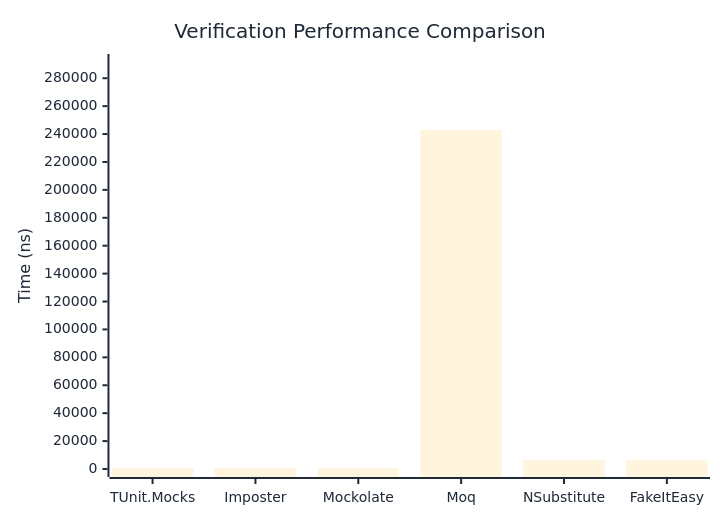
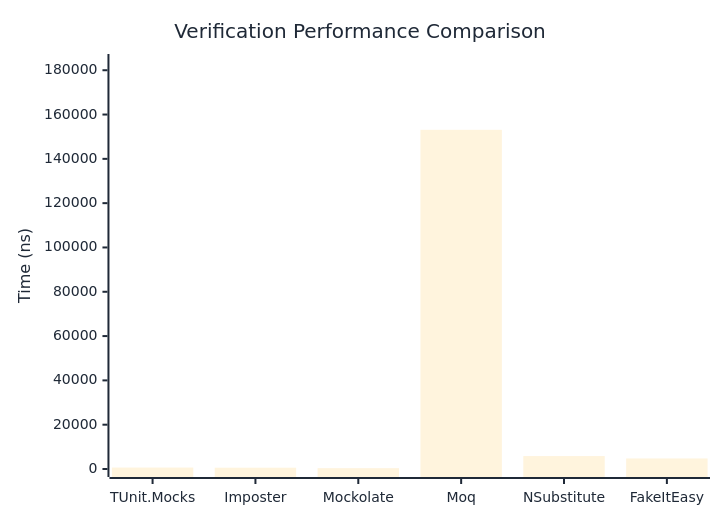
Before and after one commit to thomhurst/TUnit: the first of 3 diagrams in docs/docs/benchmarks/mocks/Verification.md, drawn with Mermaid. The commit also changed other lines of this file and 14 other files, not shown here.

````diff
--- a/docs/docs/benchmarks/mocks/Verification.md
+++ b/docs/docs/benchmarks/mocks/Verification.md
@@ -30,27 +30,27 @@
 ```mermaid
 %%{init: {
   'theme':'base',
   'themeVariables': {
     'primaryColor': '#2563eb',
     'primaryTextColor': '#1f2937',
     'primaryBorderColor': '#1e40af',
     'lineColor': '#6b7280',
     'secondaryColor': '#7c3aed',
     'tertiaryColor': '#dc2626',
     'background': '#ffffff',
     'pie1': '#2563eb',
     'pie2': '#7c3aed',
     'pie3': '#dc2626',
     'pie4': '#f59e0b',
     'pie5': '#10b981',
     'pie6': '#06b6d4',
     'pie7': '#ec4899',
     'pie8': '#6366f1'
   }
 }}%%
 xychart-beta
   title "Verification Performance Comparison"
   x-axis ["TUnit.Mocks", "Imposter", "Mockolate", "Moq", "NSubstitute", "FakeItEasy"]
-  y-axis "Time (ns)" 0 --> 291625
-  bar [720.66, 695.97, 400.7, 243020.67, 6425.99, 6431.31]
+  y-axis "Time (ns)" 0 --> 183716
+  bar [652.46, 584.74, 374.73, 153096.5, 5835.27, 4767.53]
 ```
````
